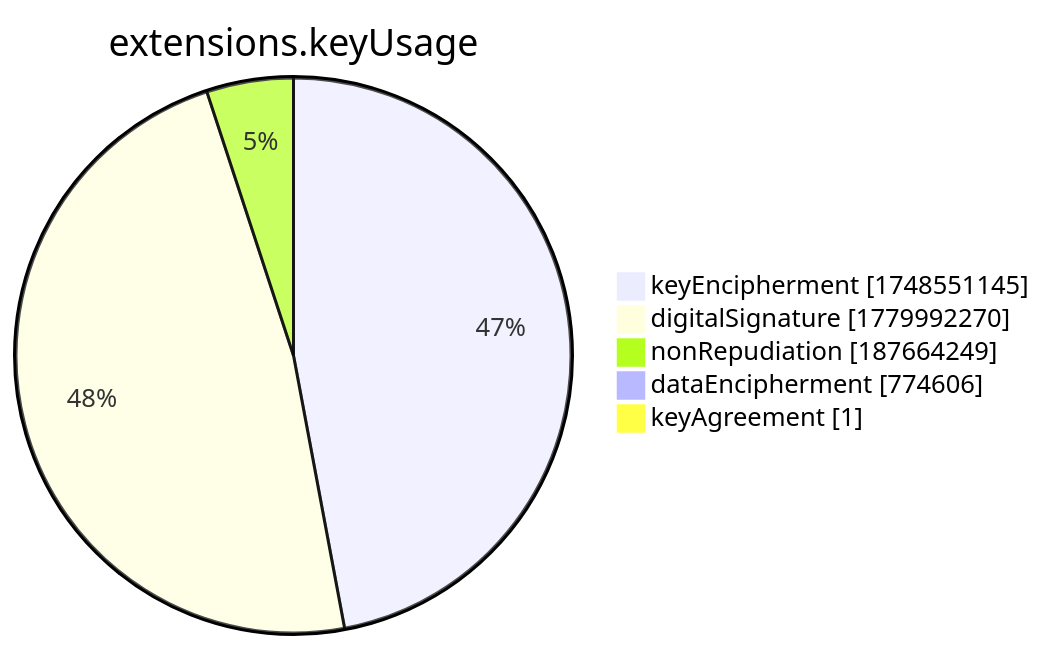
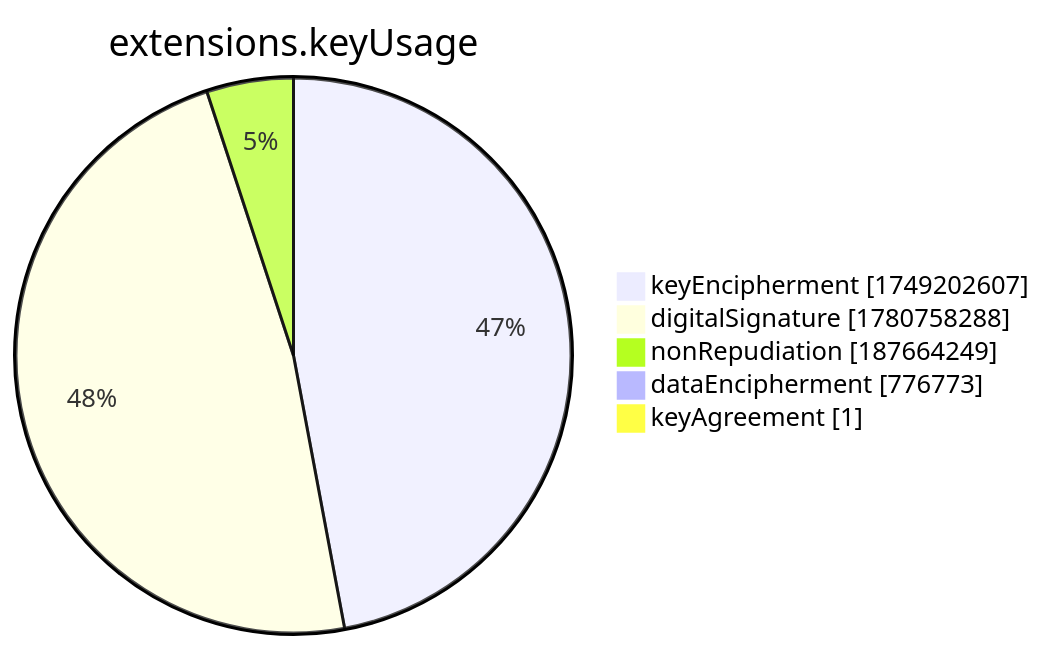
The seventh of 15 diagrams in xenon2022/README.md (christiankrug/ctmonitor_visualization), drawn with Mermaid before and after one commit. The commit also changed other lines of this file, not shown here.

````diff
--- a/xenon2022/README.md
+++ b/xenon2022/README.md
@@ -2859,9 +2859,9 @@
 ```mermaid
 pie showData
 title extensions.keyUsage
-"keyEncipherment" :1748551145
-"digitalSignature" :1779992270
+"keyEncipherment" :1749202607
+"digitalSignature" :1780758288
 "nonRepudiation" :187664249
-"dataEncipherment" :774606
+"dataEncipherment" :776773
 "keyAgreement" :1
 ```
````
